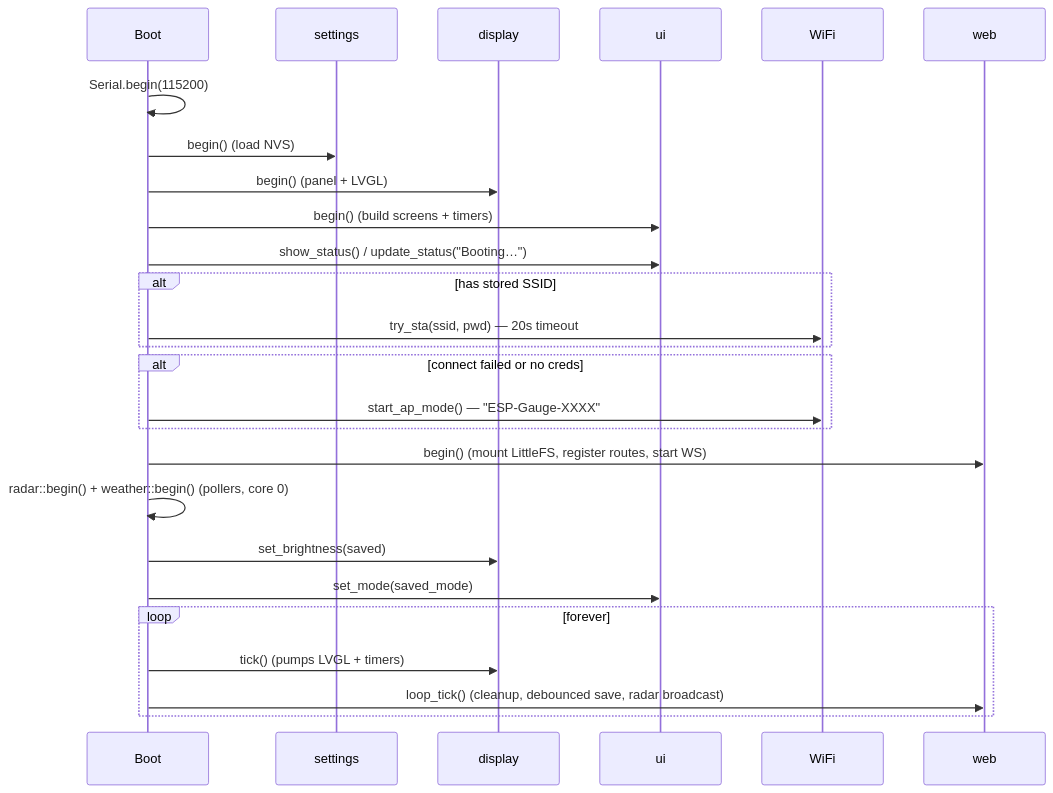
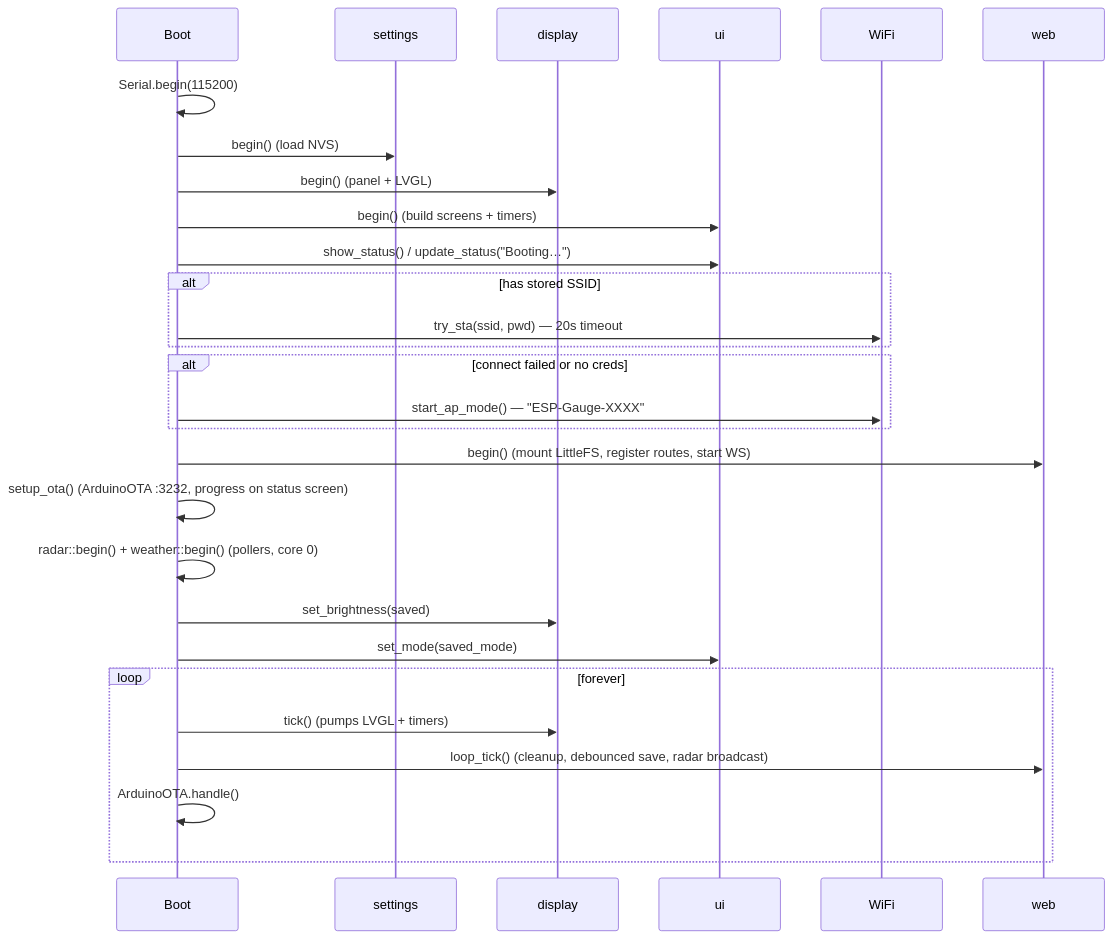
Before and after one commit to Krasnov777/esp32-sky-gauge: the fifth of 8 diagrams in ARCHITECTURE.md, drawn with Mermaid. The commit also changed other lines of this file and 1 other file, not shown here.

Commit message:
Docs: OTA, rain nowcast, Auto mode + auto_km across README and ARCHITECTURE

````diff
--- a/ARCHITECTURE.md
+++ b/ARCHITECTURE.md
@@ -340,32 +349,34 @@
 ```mermaid
 sequenceDiagram
     participant Boot
     participant settings
     participant display
     participant ui
     participant WiFi
     participant web
 
     Boot->>Boot: Serial.begin(115200)
     Boot->>settings: begin()  (load NVS)
     Boot->>display: begin()   (panel + LVGL)
     Boot->>ui: begin()        (build screens + timers)
     Boot->>ui: show_status() / update_status("Booting…")
 
     alt has stored SSID
         Boot->>WiFi: try_sta(ssid, pwd) — 20s timeout
     end
     alt connect failed or no creds
         Boot->>WiFi: start_ap_mode() — "ESP-Gauge-XXXX"
     end
 
     Boot->>web: begin()       (mount LittleFS, register routes, start WS)
+    Boot->>Boot: setup_ota()  (ArduinoOTA :3232, progress on status screen)
     Boot->>Boot: radar::begin() + weather::begin()  (pollers, core 0)
     Boot->>display: set_brightness(saved)
     Boot->>ui: set_mode(saved_mode)
 
     loop forever
         Boot->>display: tick()       (pumps LVGL + timers)
         Boot->>web: loop_tick()      (cleanup, debounced save, radar broadcast)
+        Boot->>Boot: ArduinoOTA.handle()
     end
 ```
````
